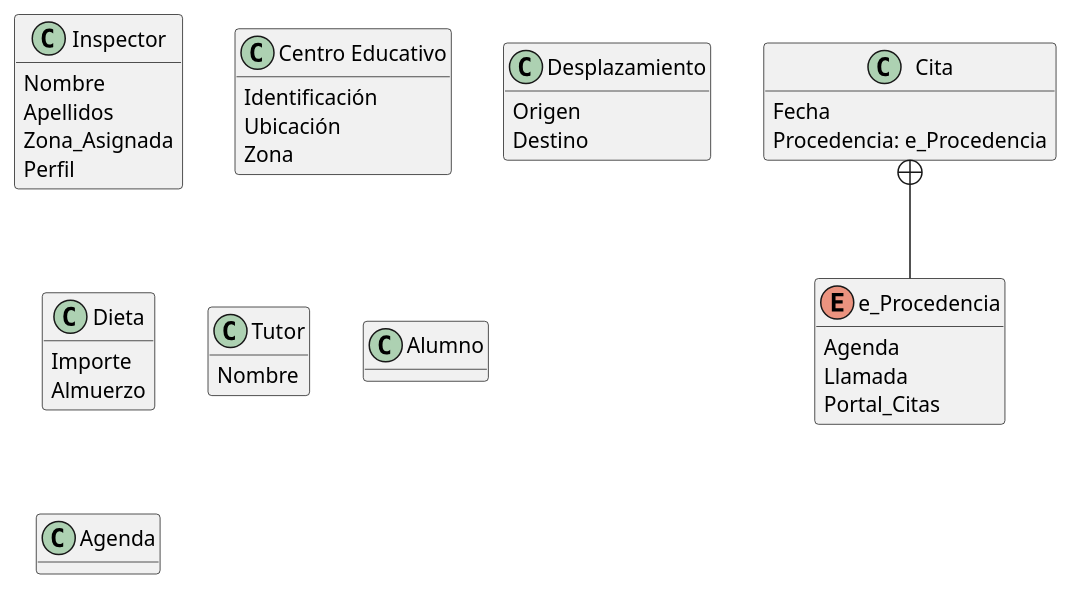
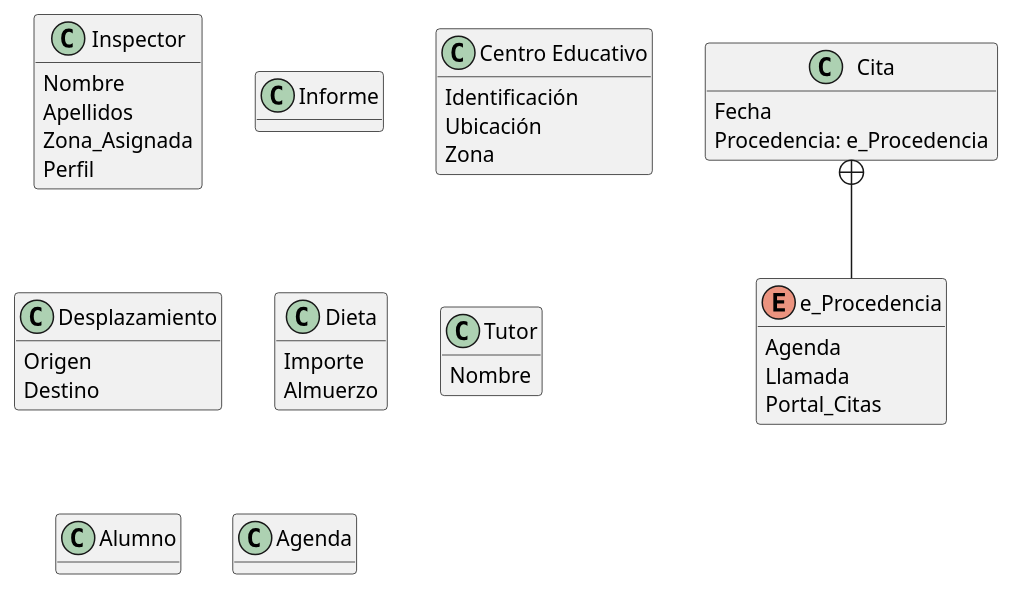
The diagram in docs/modelado_conceptual.puml (lorenzomaranon/ProyectoBD_Inspeccion_Educativa), drawn with PlantUML before and after one commit.

Commit message:
"Clase Informe añadida"

```diff
--- a/docs/modelado_conceptual.puml
+++ b/docs/modelado_conceptual.puml
@@ -1,53 +1,57 @@
 @startuml
 hide methods
 skinparam ClassAttributeIconSize 0
 
 class Inspector{
     Nombre
     Apellidos
     Zona_Asignada
     Perfil
+}
+
+class Informe {
+    
 }
 
 class "Centro Educativo" as CentroEducativo{
     Identificación
     Ubicación
     Zona
 }
 
 class Desplazamiento{
     Origen
     Destino
 }
 
 class Dieta{
     Importe
     Almuerzo
 }
 
 class Cita{
     Fecha
     Procedencia: e_Procedencia
 }
 
 enum e_Procedencia {
     Agenda
     Llamada
     Portal_Citas
 }
 
 Cita +-- e_Procedencia
 
 class Tutor{
     Nombre
 }
 
 class Alumno{
 
 }
 
 class Agenda{
     
 }
 
 @enduml
```
